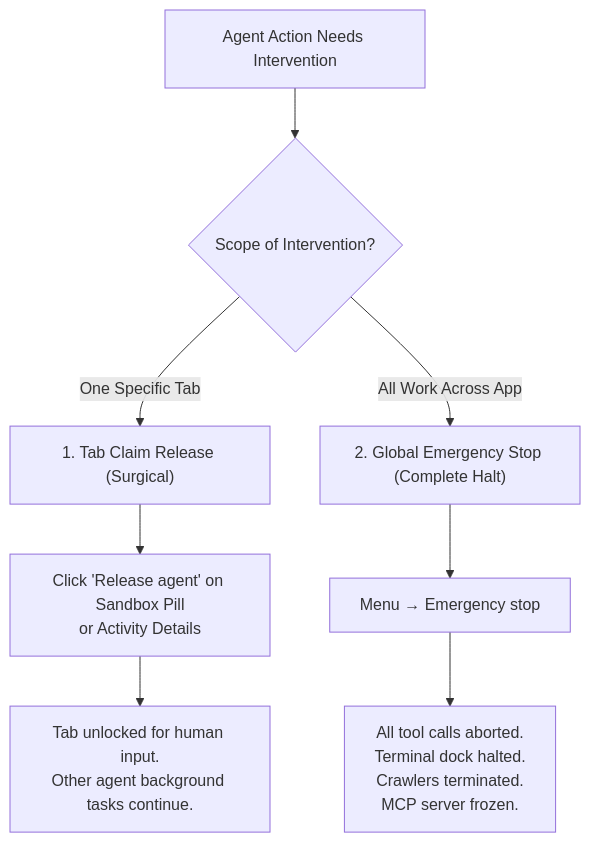
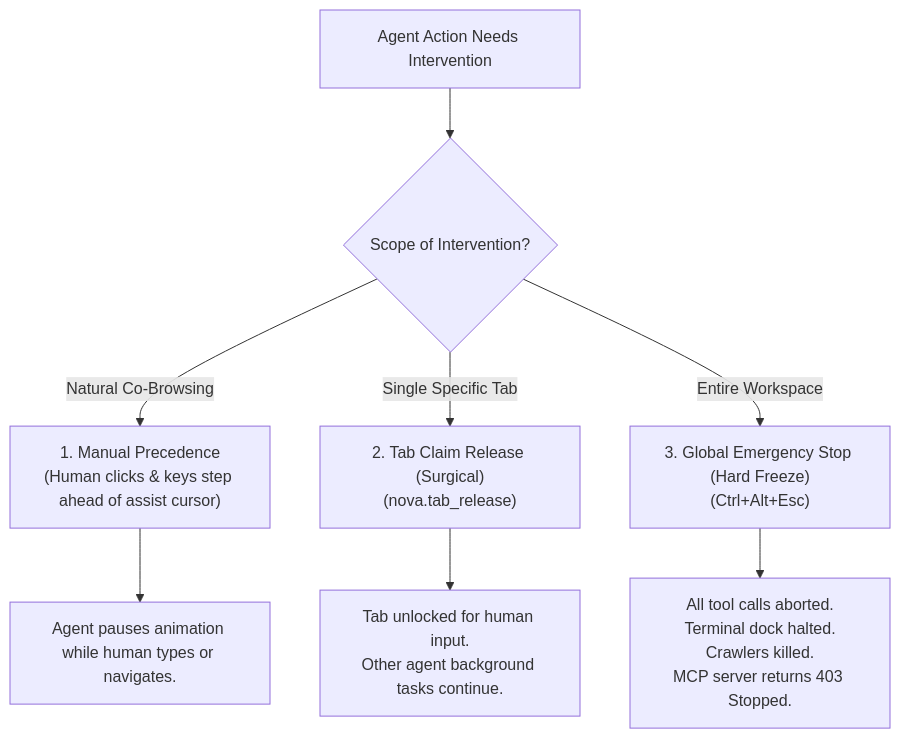
One commit to joelaniol/nova changed the diagram in docs/user-guide/agents/taking-over-and-emergency-stop.md. Above: the diagram before and after it, drawn with Mermaid. The commit also changed other lines of this file and 3 other files, not shown here.

Commit message:
docs(user-guide): expand capability bundles, bookmarks automation, emergency stop, and project onboarding

````diff
--- a/docs/user-guide/agents/taking-over-and-emergency-stop.md
+++ b/docs/user-guide/agents/taking-over-and-emergency-stop.md
@@ -12,13 +12,12 @@
 ```mermaid
 flowchart TD
     Issue["Agent Action Needs Intervention"] --> Decision{"Scope of Intervention?"}
 
-    Decision -->|One Specific Tab| TabLevel["1. Tab Claim Release (Surgical)"]
-    Decision -->|All Work Across App| GlobalLevel["2. Global Emergency Stop (Complete Halt)"]
+    Decision -->|Natural Co-Browsing| ManualPriority["1. Manual Precedence<br/>(Human clicks & keys step ahead of assist cursor)"]
+    Decision -->|Single Specific Tab| TabLevel["2. Tab Claim Release (Surgical)<br/>(nova.tab_release)"]
+    Decision -->|Entire Workspace| GlobalLevel["3. Global Emergency Stop (Hard Freeze)<br/>(Ctrl+Alt+Esc)"]
 
-    TabLevel --> ActionTab["Click 'Release agent' on Sandbox Pill<br>or Activity Details"]
-    ActionTab --> ResultTab["Tab unlocked for human input.<br>Other agent background tasks continue."]
-
-    GlobalLevel --> ActionGlobal["Menu → Emergency stop"]
-    ActionGlobal --> ResultGlobal["All tool calls aborted.<br>Terminal dock halted.<br>Crawlers terminated.<br>MCP server frozen."]
+    ManualPriority --> ResultManual["Agent pauses animation while human types or navigates."]
+    TabLevel --> ResultTab["Tab unlocked for human input.<br/>Other agent background tasks continue."]
+    GlobalLevel --> ResultGlobal["All tool calls aborted.<br/>Terminal dock halted.<br/>Crawlers killed.<br/>MCP server returns 403 Stopped."]
 ```
````
